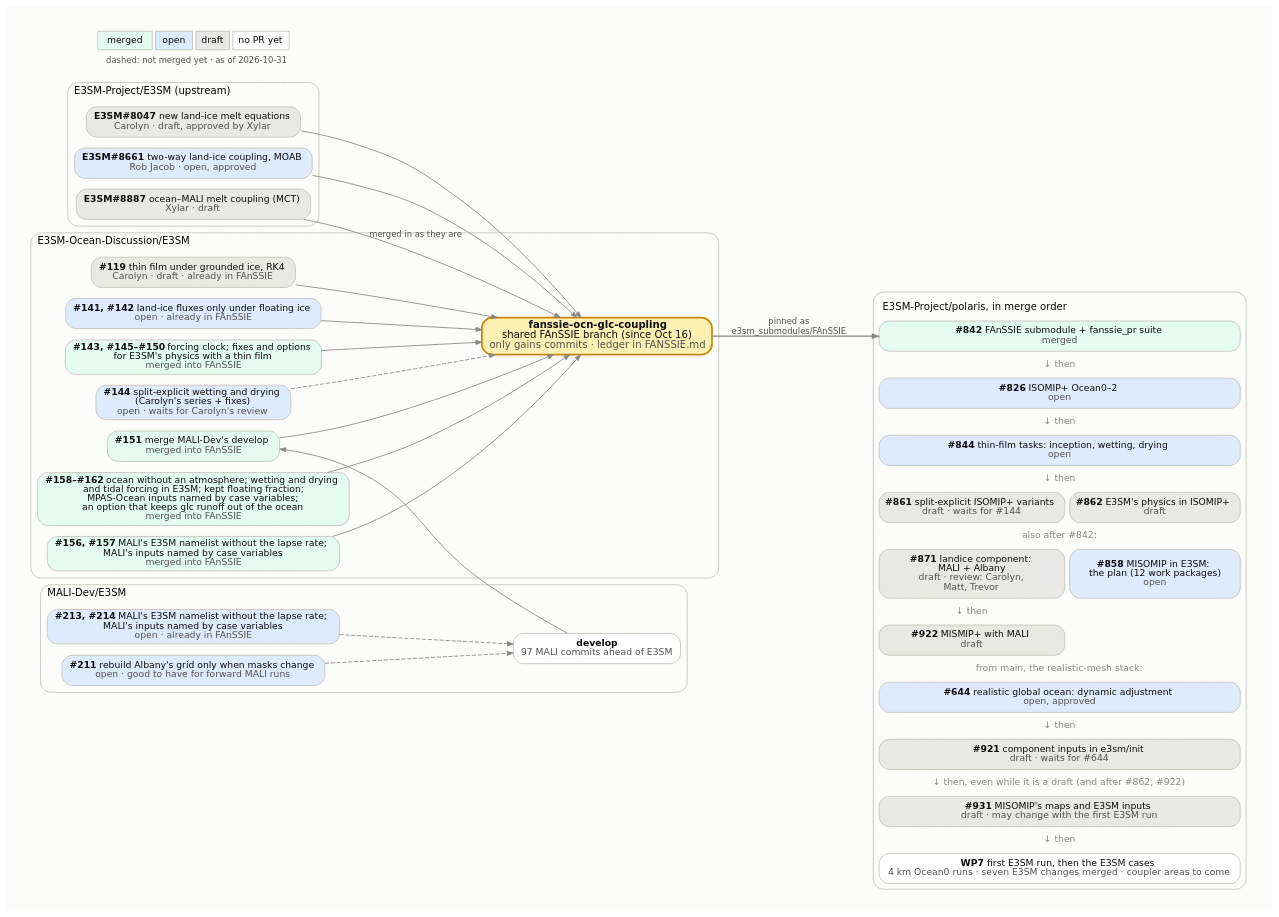
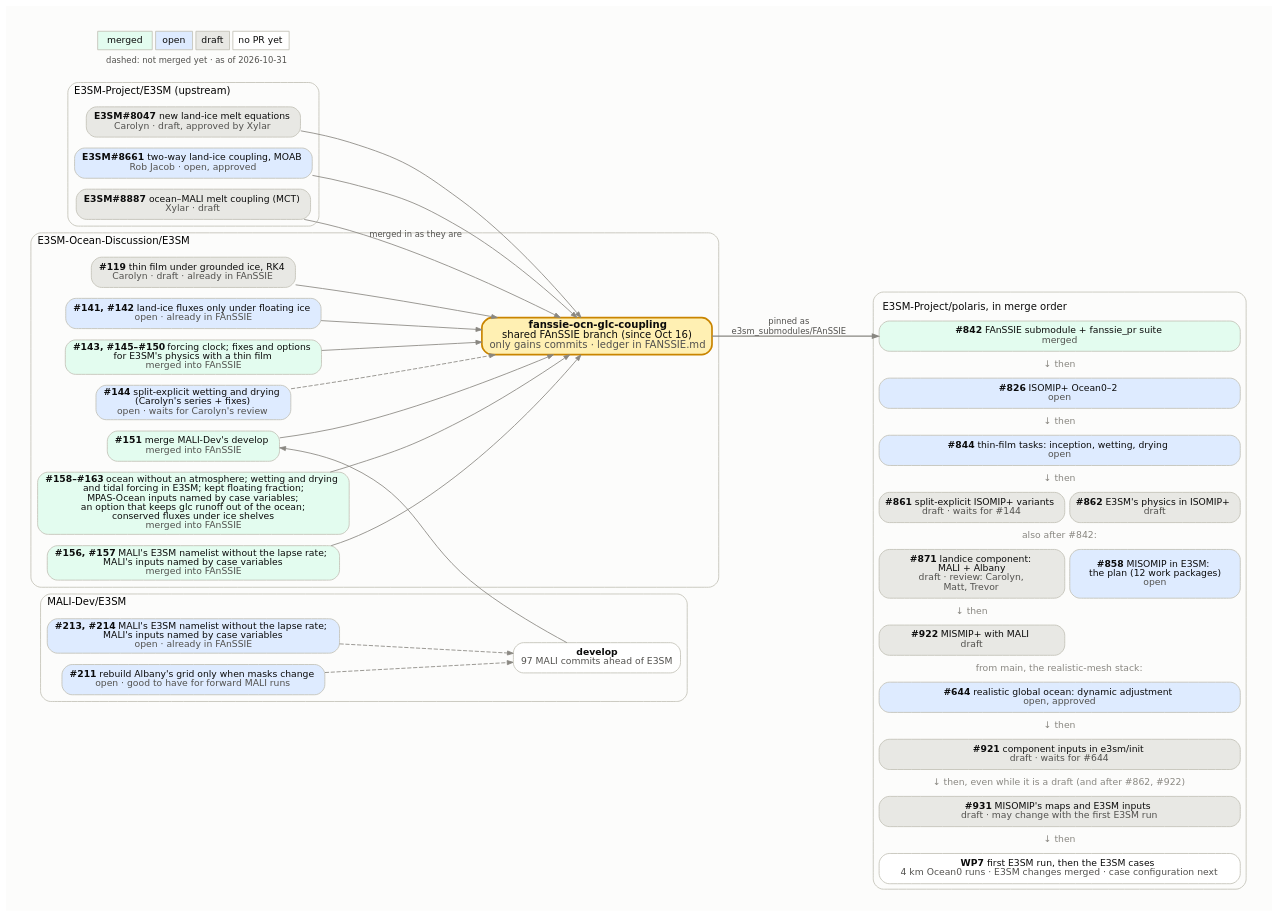
One commit to E3SM-Project/polaris changed the diagram in docs/design_docs/misomip/code_flow.dot. Above: the diagram before and after it, drawn with Graphviz. The commit also changed 4 other files, not shown here.

First line of the commit message:
Record exact conservation of glc-ocean fluxes in the MISOMIP plan

```diff
--- a/docs/design_docs/misomip/code_flow.dot
+++ b/docs/design_docs/misomip/code_flow.dot
@@ -1,103 +1,103 @@
 // How the upstream E3SM PRs, the E3SM-Ocean-Discussion PRs, the
 // fanssie-ocn-glc-coupling branch and the Polaris PRs fit together.
 //
 // Regenerate with Graphviz 14 (Chrysalis's /usr/bin/dot 2.40 lays it out
 // wider), with the text drawn as paths so it looks the same everywhere:
 //
 //     pixi exec -s graphviz dot -Tsvg:cairo code_flow.dot -o code_flow.svg
 //
 // Fill by state: merged #e3fcef, open #deebff, draft #e8e8e4, no PR yet
 // #ffffff. Dashed edges into the FAnSSIE branch mark PRs not merged into it
 // yet. The Polaris side is one HTML-table node, in merge order, because
 // Graphviz would not keep separate boxes in that order. Update the date in
 // the legend.
 digraph fanssie {
   rankdir=LR;
   bgcolor="#fcfcfb";
   pad=0.3;
   nodesep=0.18;
   ranksep=0.7;
   fontname="DejaVu Sans";
   node [shape=box, style="rounded,filled", fontname="DejaVu Sans",
         fontsize=11, color="#c3c2b7", fontcolor="#0b0b0b", penwidth=1,
         margin="0.12,0.06"];
   edge [color="#898781", arrowsize=0.7, fontname="DejaVu Sans",
         fontsize=10, fontcolor="#52514e"];
 
   subgraph cluster_upstream {
     label="E3SM-Project/E3SM (upstream)";
     labeljust=l; fontsize=12; color="#c3c2b7"; style="rounded";
     e8047 [label=<<b>E3SM#8047</b>  new land-ice melt equations<br/><font color="#52514e">Carolyn · draft, approved by Xylar</font>>, fillcolor="#e8e8e4"];
     e8661 [label=<<b>E3SM#8661</b>  two-way land-ice coupling, MOAB<br/><font color="#52514e">Rob Jacob · open, approved</font>>, fillcolor="#deebff"];
     e8887 [label=<<b>E3SM#8887</b>  ocean–MALI melt coupling (MCT)<br/><font color="#52514e">Xylar · draft</font>>, fillcolor="#e8e8e4"];
   }
 
   subgraph cluster_malidev {
     label="MALI-Dev/E3SM";
     labeljust=l; fontsize=12; color="#c3c2b7"; style="rounded";
     malidev [label=<<b>develop</b><br/><font color="#52514e">97 MALI commits ahead of E3SM</font>>, fillcolor="#ffffff"];
     m213 [label=<<b>#213, #214</b>  MALI's E3SM namelist without the lapse rate;<br/>MALI's inputs named by case variables<br/><font color="#52514e">open · already in FAnSSIE</font>>, fillcolor="#deebff"];
     m211 [label=<<b>#211</b>  rebuild Albany's grid only when masks change<br/><font color="#52514e">open · good to have for forward MALI runs</font>>, fillcolor="#deebff"];
   }
 
   subgraph cluster_eod {
     label="E3SM-Ocean-Discussion/E3SM";
     labeljust=l; fontsize=12; color="#c3c2b7"; style="rounded";
     d119 [label=<<b>#119</b>  thin film under grounded ice, RK4<br/><font color="#52514e">Carolyn · draft · already in FAnSSIE</font>>, fillcolor="#e8e8e4"];
     d141 [label=<<b>#141, #142</b>  land-ice fluxes only under floating ice<br/><font color="#52514e">open · already in FAnSSIE</font>>, fillcolor="#deebff"];
     d143 [label=<<b>#143, #145–#150</b>  forcing clock; fixes and options<br/>for E3SM's physics with a thin film<br/><font color="#52514e">merged into FAnSSIE</font>>, fillcolor="#e3fcef"];
     d144 [label=<<b>#144</b>  split-explicit wetting and drying<br/>(Carolyn's series + fixes)<br/><font color="#52514e">open · waits for Carolyn's review</font>>, fillcolor="#deebff"];
     d151 [label=<<b>#151</b>  merge MALI-Dev's develop<br/><font color="#52514e">merged into FAnSSIE</font>>, fillcolor="#e3fcef"];
-    d158 [label=<<b>#158–#162</b>  ocean without an atmosphere; wetting and drying<br/>and tidal forcing in E3SM; kept floating fraction;<br/>MPAS-Ocean inputs named by case variables;<br/>an option that keeps glc runoff out of the ocean<br/><font color="#52514e">merged into FAnSSIE</font>>, fillcolor="#e3fcef"];
+    d158 [label=<<b>#158–#163</b>  ocean without an atmosphere; wetting and drying<br/>and tidal forcing in E3SM; kept floating fraction;<br/>MPAS-Ocean inputs named by case variables;<br/>an option that keeps glc runoff out of the ocean;<br/>conserved fluxes under ice shelves<br/><font color="#52514e">merged into FAnSSIE</font>>, fillcolor="#e3fcef"];
     d156 [label=<<b>#156, #157</b>  MALI's E3SM namelist without the lapse rate;<br/>MALI's inputs named by case variables<br/><font color="#52514e">merged into FAnSSIE</font>>, fillcolor="#e3fcef"];
     fanssie [label=<<b>fanssie-ocn-glc-coupling</b><br/>shared FAnSSIE branch (since Oct 16)<br/><font color="#52514e">only gains commits · ledger in FANSSIE.md</font>>,
              fillcolor="#fff0b3", penwidth=2, color="#c98500", fontsize=12];
   }
 
   polaris [shape=plaintext, style="", label=<
     <table border="1" color="#c3c2b7" style="rounded" cellborder="1" cellspacing="6" cellpadding="4" bgcolor="#fcfcfb">
       <tr><td border="0" colspan="2" align="left"><font point-size="12">E3SM-Project/polaris, in merge order</font></td></tr>
       <tr><td port="p842" bgcolor="#e3fcef" colspan="2" style="rounded" cellpadding="6"><b>#842</b>  FAnSSIE submodule + fanssie_pr suite<br/><font color="#52514e">merged</font></td></tr>
       <tr><td border="0" colspan="2"><font color="#898781">↓ then</font></td></tr>
       <tr><td port="p826" bgcolor="#deebff" colspan="2" style="rounded" cellpadding="6"><b>#826</b>  ISOMIP+ Ocean0–2<br/><font color="#52514e">open</font></td></tr>
       <tr><td border="0" colspan="2"><font color="#898781">↓ then</font></td></tr>
       <tr><td port="p844" bgcolor="#deebff" colspan="2" style="rounded" cellpadding="6"><b>#844</b>  thin-film tasks: inception, wetting, drying<br/><font color="#52514e">open</font></td></tr>
       <tr><td border="0" colspan="2"><font color="#898781">↓ then</font></td></tr>
       <tr><td port="p861" bgcolor="#e8e8e4" colspan="1" style="rounded" cellpadding="6"><b>#861</b>  split-explicit ISOMIP+ variants<br/><font color="#52514e">draft · waits for #144</font></td><td port="p862" bgcolor="#e8e8e4" colspan="1" style="rounded" cellpadding="6"><b>#862</b>  E3SM's physics in ISOMIP+<br/><font color="#52514e">draft</font></td></tr>
       <tr><td border="0" colspan="2"><font color="#898781">also after #842:</font></td></tr>
       <tr><td port="p871" bgcolor="#e8e8e4" colspan="1" style="rounded" cellpadding="6"><b>#871</b>  landice component:<br/>MALI + Albany<br/><font color="#52514e">draft · review: Carolyn,<br/>Matt, Trevor</font></td><td port="p858" bgcolor="#deebff" colspan="1" style="rounded" cellpadding="6"><b>#858</b>  MISOMIP in E3SM:<br/>the plan (12 work packages)<br/><font color="#52514e">open</font></td></tr>
       <tr><td border="0" colspan="1"><font color="#898781">↓ then</font></td><td border="0" colspan="1"></td></tr>
       <tr><td port="p922" bgcolor="#e8e8e4" colspan="1" style="rounded" cellpadding="6"><b>#922</b>  MISMIP+ with MALI<br/><font color="#52514e">draft</font></td><td border="0" colspan="1"></td></tr>
       <tr><td border="0" colspan="2"><font color="#898781">from main, the realistic-mesh stack:</font></td></tr>
       <tr><td port="p644" bgcolor="#deebff" colspan="2" style="rounded" cellpadding="6"><b>#644</b>  realistic global ocean: dynamic adjustment<br/><font color="#52514e">open, approved</font></td></tr>
       <tr><td border="0" colspan="2"><font color="#898781">↓ then</font></td></tr>
       <tr><td port="p921" bgcolor="#e8e8e4" colspan="2" style="rounded" cellpadding="6"><b>#921</b>  component inputs in e3sm/init<br/><font color="#52514e">draft · waits for #644</font></td></tr>
       <tr><td border="0" colspan="2"><font color="#898781">↓ then, even while it is a draft (and after #862, #922)</font></td></tr>
       <tr><td port="pwp56" bgcolor="#e8e8e4" colspan="2" style="rounded" cellpadding="6"><b>#931</b>  MISOMIP's maps and E3SM inputs<br/><font color="#52514e">draft · may change with the first E3SM run</font></td></tr>
       <tr><td border="0" colspan="2"><font color="#898781">↓ then</font></td></tr>
-      <tr><td port="pwp7" bgcolor="#ffffff" colspan="2" style="rounded" cellpadding="6"><b>WP7</b>  first E3SM run, then the E3SM cases<br/><font color="#52514e">4 km Ocean0 runs · seven E3SM changes merged · coupler areas to come</font></td></tr>
+      <tr><td port="pwp7" bgcolor="#ffffff" colspan="2" style="rounded" cellpadding="6"><b>WP7</b>  first E3SM run, then the E3SM cases<br/><font color="#52514e">4 km Ocean0 runs · E3SM changes merged · case configuration next</font></td></tr>
     </table>>];
 
   e8047 -> fanssie;
   e8661 -> fanssie;
   e8887 -> fanssie [label="merged in as they are"];
   d119 -> fanssie;
   d141 -> fanssie;
   d143 -> fanssie;
   d144 -> fanssie [style=dashed];
   m211 -> malidev [style=dashed];
   m213 -> malidev [style=dashed];
   d156 -> fanssie;
   d158 -> fanssie;
   malidev -> d151 [constraint=false];
   d151 -> fanssie;
 
   fanssie -> polaris:p842 [label="pinned as
 e3sm_submodules/FAnSSIE", penwidth=1.5];
 
   legend [shape=plaintext, style="", label=<
     <table border="0" cellborder="1" cellspacing="4" cellpadding="4" color="#c3c2b7">
       <tr><td bgcolor="#e3fcef">merged</td><td bgcolor="#deebff">open</td><td bgcolor="#e8e8e4">draft</td><td bgcolor="#ffffff">no PR yet</td></tr>
       <tr><td colspan="4" border="0"><font point-size="10" color="#52514e">dashed: not merged yet · as of 2026-10-31</font></td></tr>
     </table>>];
 }
```
